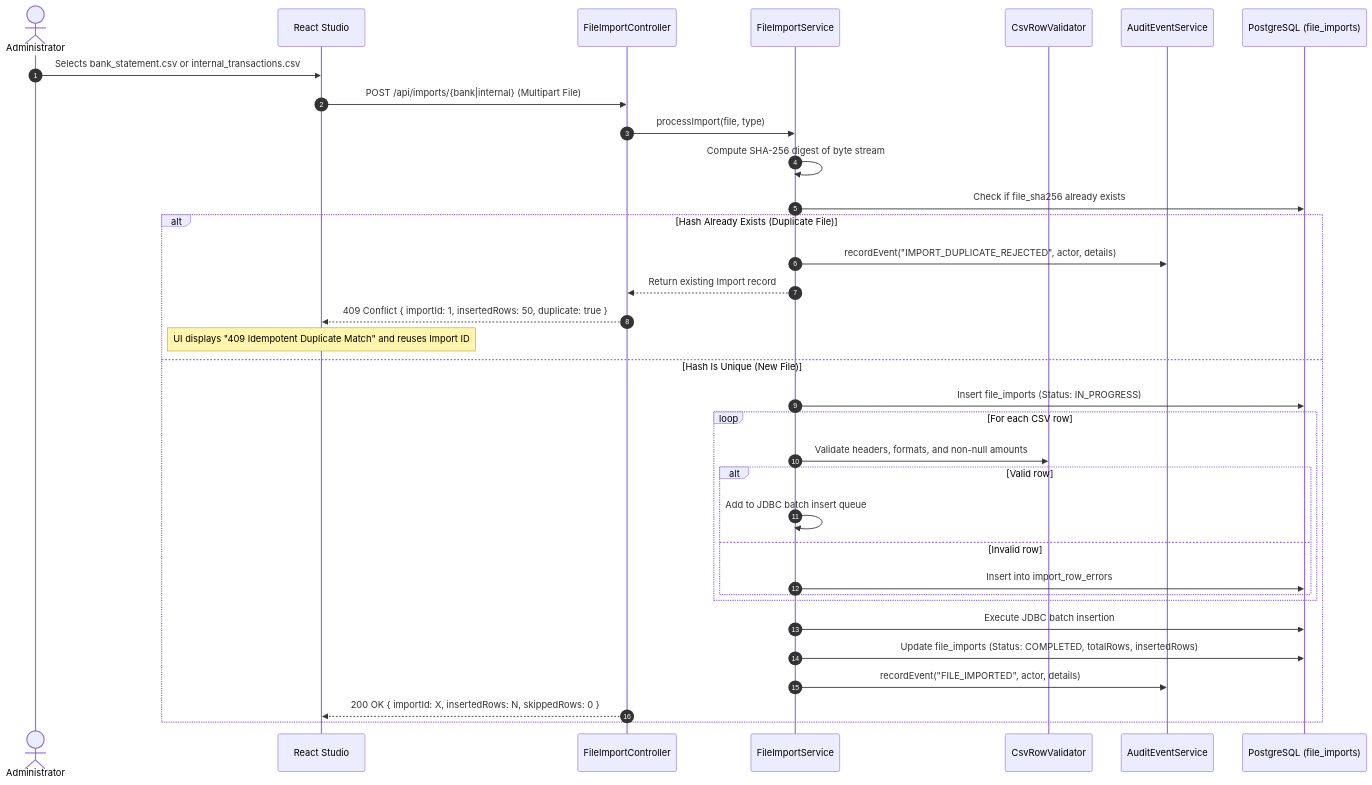
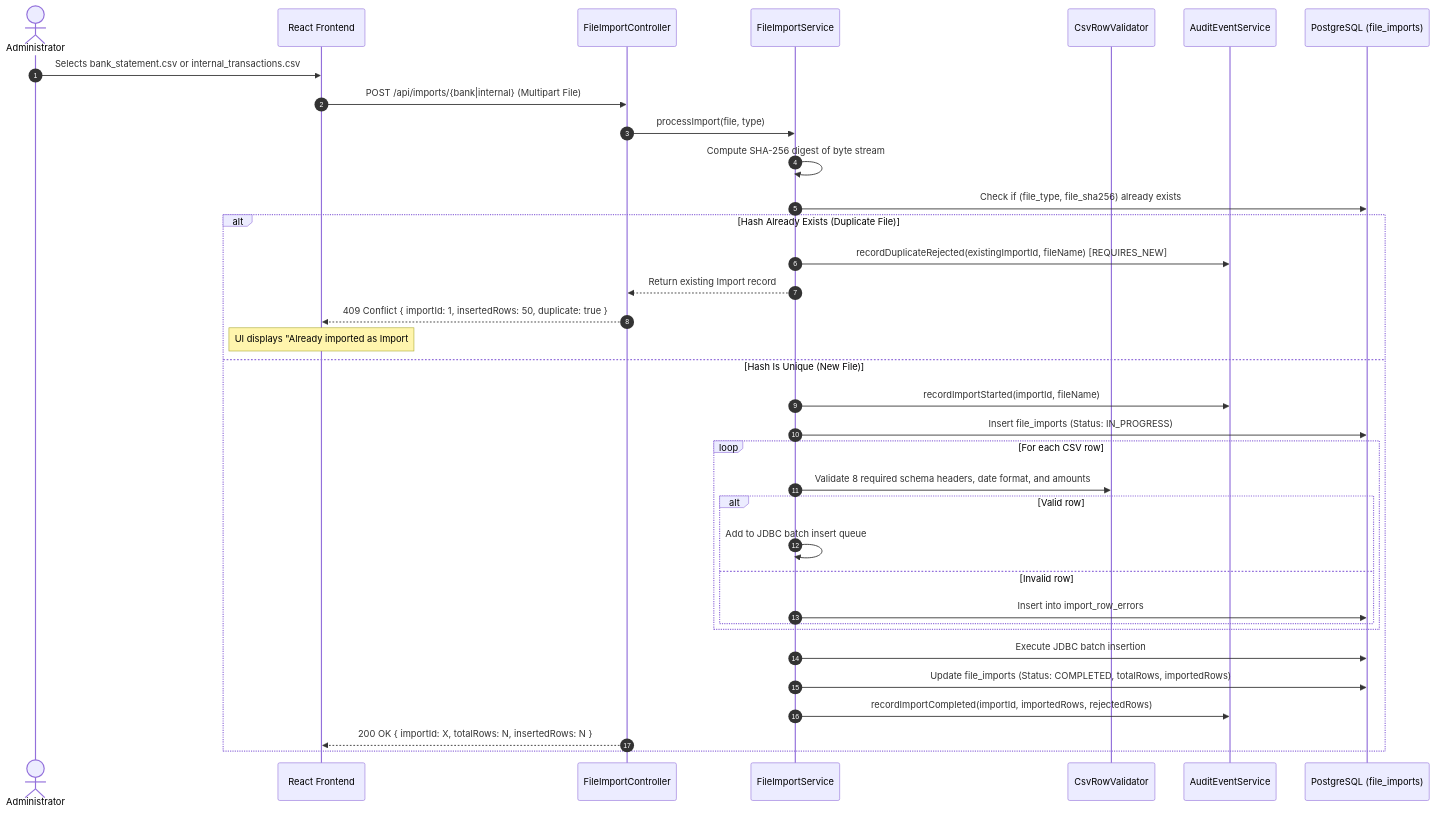
One commit to Kaifkhan1212/ReconcileX changed the third of 6 diagrams in WORKFLOW.md. Above: the diagram before and after it, drawn with Mermaid. The commit also changed other lines of this file and 53 other files, not shown here.

````diff
--- a/WORKFLOW.md
+++ b/WORKFLOW.md
@@ -84,39 +84,40 @@
 ```mermaid
 sequenceDiagram
     autonumber
     actor Admin as Administrator
-    participant UI as React Studio
+    participant UI as React Frontend
     participant Controller as FileImportController
     participant Service as FileImportService
     participant Validator as CsvRowValidator
     participant Audit as AuditEventService
     participant DB as PostgreSQL (file_imports)
 
     Admin->>UI: Selects bank_statement.csv or internal_transactions.csv
     UI->>Controller: POST /api/imports/{bank|internal} (Multipart File)
     Controller->>Service: processImport(file, type)
     
     Service->>Service: Compute SHA-256 digest of byte stream
-    Service->>DB: Check if file_sha256 already exists
+    Service->>DB: Check if (file_type, file_sha256) already exists
 
     alt Hash Already Exists (Duplicate File)
-        Service->>Audit: recordEvent("IMPORT_DUPLICATE_REJECTED", actor, details)
+        Service->>Audit: recordDuplicateRejected(existingImportId, fileName) [REQUIRES_NEW]
         Service-->>Controller: Return existing Import record
         Controller-->>UI: 409 Conflict { importId: 1, insertedRows: 50, duplicate: true }
-        Note over UI: UI displays "409 Idempotent Duplicate Match" and reuses Import ID
+        Note over UI: UI displays "Already imported as Import #1" and reuses Import ID
     else Hash Is Unique (New File)
+        Service->>Audit: recordImportStarted(importId, fileName)
         Service->>DB: Insert file_imports (Status: IN_PROGRESS)
         loop For each CSV row
-            Service->>Validator: Validate headers, formats, and non-null amounts
+            Service->>Validator: Validate 8 required schema headers, date format, and amounts
             alt Valid row
                 Service->>Service: Add to JDBC batch insert queue
             else Invalid row
                 Service->>DB: Insert into import_row_errors
             end
         end
         Service->>DB: Execute JDBC batch insertion
-        Service->>DB: Update file_imports (Status: COMPLETED, totalRows, insertedRows)
-        Service->>Audit: recordEvent("FILE_IMPORTED", actor, details)
-        Controller-->>UI: 200 OK { importId: X, insertedRows: N, skippedRows: 0 }
+        Service->>DB: Update file_imports (Status: COMPLETED, totalRows, importedRows)
+        Service->>Audit: recordImportCompleted(importId, importedRows, rejectedRows)
+        Controller-->>UI: 200 OK { importId: X, totalRows: N, insertedRows: N }
     end
 ```
````
